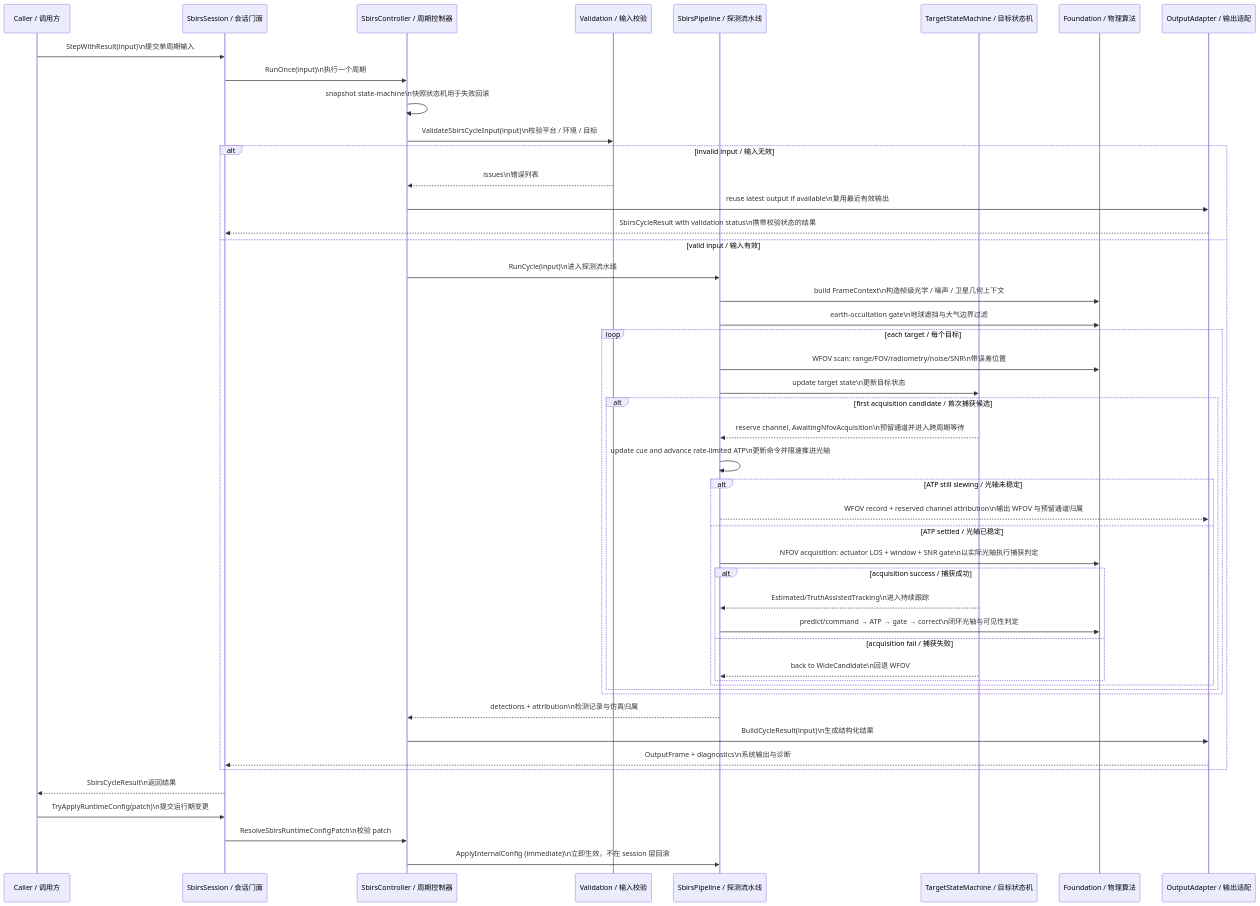
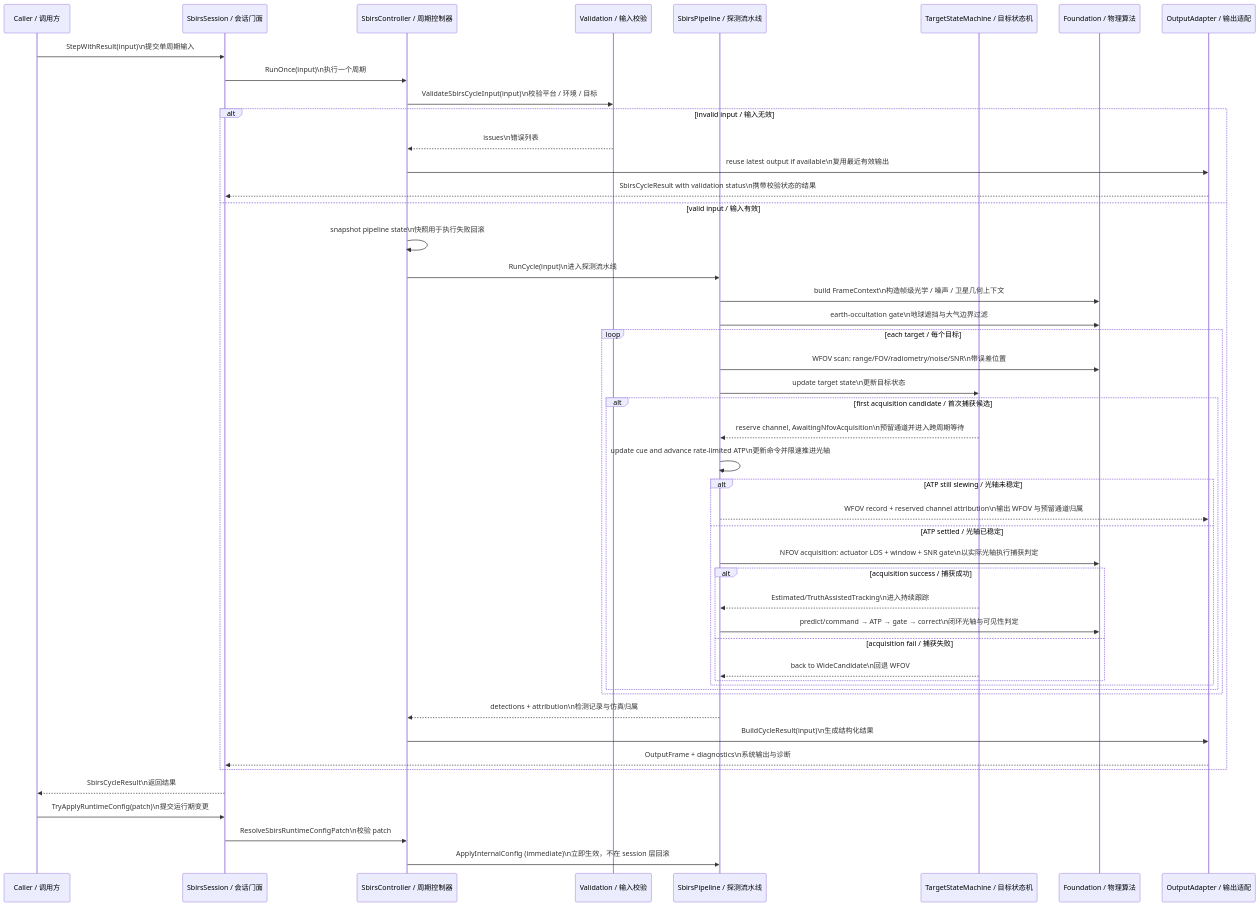
The second of 4 diagrams in docs/space_based_infrared_sensor/design.md (boilwater-3/1q), drawn with Mermaid before and after one commit. The commit also changed other lines of this file and 5 other files, not shown here.

````diff
--- a/docs/space_based_infrared_sensor/design.md
+++ b/docs/space_based_infrared_sensor/design.md
@@ -172,52 +172,52 @@
 ```mermaid
 sequenceDiagram
   participant Caller as Caller / 调用方
   participant Session as SbirsSession / 会话门面
   participant Controller as SbirsController / 周期控制器
   participant Validator as Validation / 输入校验
   participant Pipeline as SbirsPipeline / 探测流水线
   participant SM as TargetStateMachine / 目标状态机
   participant Physics as Foundation / 物理算法
   participant Output as OutputAdapter / 输出适配
 
   Caller->>Session: StepWithResult(input)\n提交单周期输入
   Session->>Controller: RunOnce(input)\n执行一个周期
-  Controller->>Controller: snapshot state-machine\n快照状态机用于失败回滚
   Controller->>Validator: ValidateSbirsCycleInput(input)\n校验平台 / 环境 / 目标
   alt invalid input / 输入无效
     Validator-->>Controller: issues\n错误列表
     Controller->>Output: reuse latest output if available\n复用最近有效输出
     Output-->>Session: SbirsCycleResult with validation status\n携带校验状态的结果
   else valid input / 输入有效
+    Controller->>Controller: snapshot pipeline state\n快照用于执行失败回滚
     Controller->>Pipeline: RunCycle(input)\n进入探测流水线
     Pipeline->>Physics: build FrameContext\n构造帧级光学 / 噪声 / 卫星几何上下文
     Pipeline->>Physics: earth-occultation gate\n地球遮挡与大气边界过滤
     loop each target / 每个目标
       Pipeline->>Physics: WFOV scan: range/FOV/radiometry/noise/SNR\n带误差位置
       Pipeline->>SM: update target state\n更新目标状态
       alt first acquisition candidate / 首次捕获候选
         SM-->>Pipeline: reserve channel, AwaitingNfovAcquisition\n预留通道并进入跨周期等待
         Pipeline->>Pipeline: update cue and advance rate-limited ATP\n更新命令并限速推进光轴
         alt ATP still slewing / 光轴未稳定
           Pipeline-->>Output: WFOV record + reserved channel attribution\n输出 WFOV 与预留通道归属
         else ATP settled / 光轴已稳定
           Pipeline->>Physics: NFOV acquisition: actuator LOS + window + SNR gate\n以实际光轴执行捕获判定
         alt acquisition success / 捕获成功
           SM-->>Pipeline: Estimated/TruthAssistedTracking\n进入持续跟踪
           Pipeline->>Physics: predict/command → ATP → gate → correct\n闭环光轴与可见性判定
         else acquisition fail / 捕获失败
           SM-->>Pipeline: back to WideCandidate\n回退 WFOV
         end
         end
       end
     end
     Pipeline-->>Controller: detections + attribution\n检测记录与仿真归属
     Controller->>Output: BuildCycleResult(input)\n生成结构化结果
     Output-->>Session: OutputFrame + diagnostics\n系统输出与诊断
   end
   Session-->>Caller: SbirsCycleResult\n返回结果
 
   Caller->>Session: TryApplyRuntimeConfig(patch)\n提交运行期变更
   Session->>Controller: ResolveSbirsRuntimeConfigPatch\n校验 patch
   Controller->>Pipeline: ApplyInternalConfig (immediate)\n立即生效，不在 session 层回滚
 ```
````
